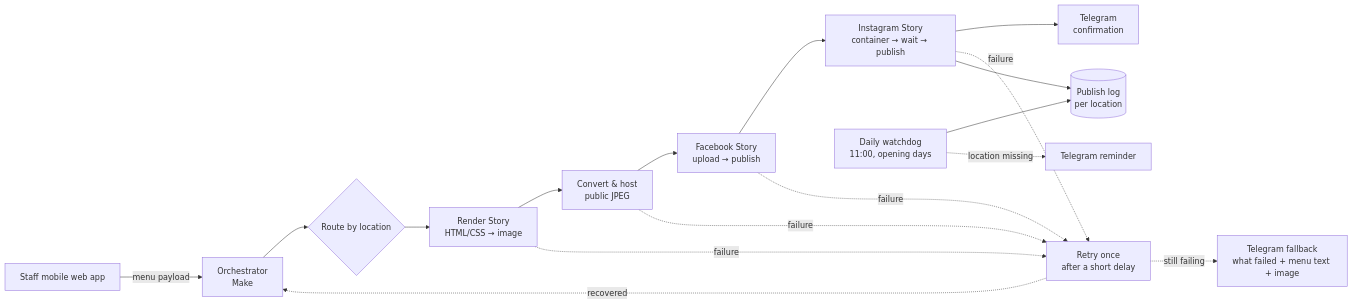
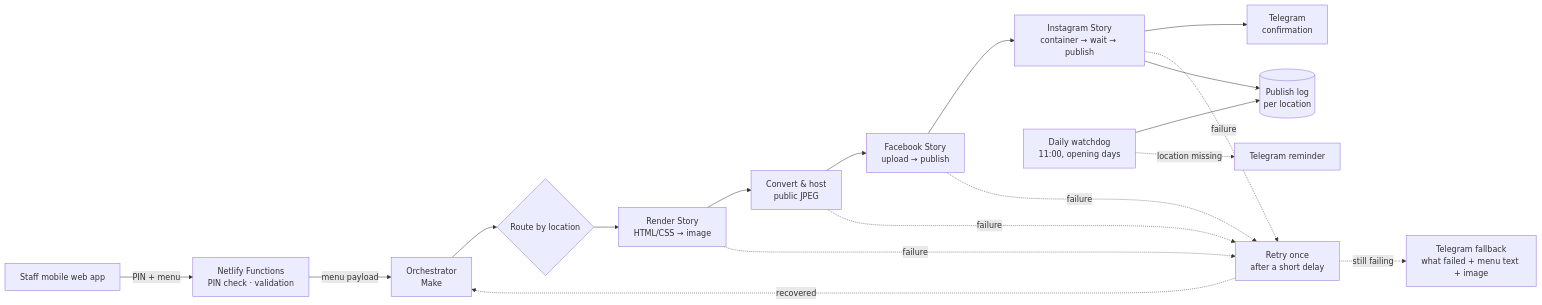
The diagram in README.md (davidr44/daily-menu-autopublisher), drawn with Mermaid before and after one commit. The commit also changed other lines of this file and 1 other file, not shown here.

First line of the commit message:
README: the staff app, the rebuild and how to run the tests

````diff
--- a/README.md
+++ b/README.md
@@ -47,19 +45,20 @@
 ```mermaid
 flowchart LR
-    A[Staff mobile web app] -->|menu payload| B[Orchestrator<br/>Make]
+    A[Staff mobile web app] -->|PIN + menu| N[Netlify Functions<br/>PIN check · validation]
+    N -->|menu payload| B[Orchestrator<br/>Make]
     B --> C{Route by location}
     C --> D[Render Story<br/>HTML/CSS → image]
     D --> E[Convert & host<br/>public JPEG]
     E --> F[Facebook Story<br/>upload → publish]
     F --> G[Instagram Story<br/>container → wait → publish]
     G --> H[Telegram<br/>confirmation]
     D -. failure .-> R[Retry once<br/>after a short delay]
     E -. failure .-> R
     F -. failure .-> R
     G -. failure .-> R
     R -. recovered .-> B
     R -. still failing .-> X[Telegram fallback<br/>what failed + menu text + image]
     G --> L[(Publish log<br/>per location)]
     W[Daily watchdog<br/>11:00, opening days] --> L
     W -. location missing .-> Y[Telegram reminder]
 ```
````
